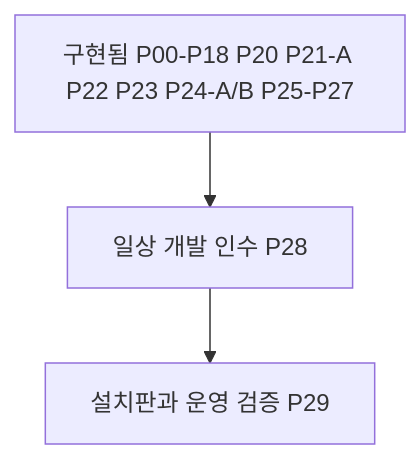
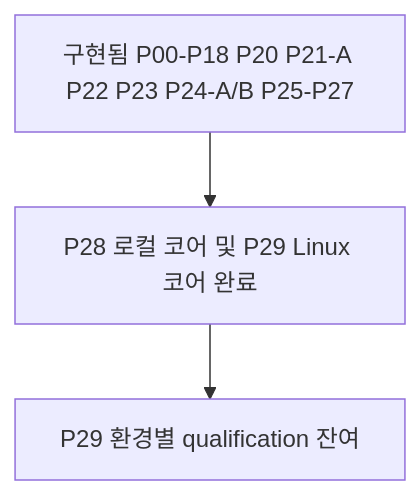
Before and after one commit to fromiron/corral: the diagram in docs/plans/workbench-development-implementation-plan-2026-10-21.md, drawn with Mermaid. The commit also changed other lines of this file and 16 other files, not shown here.

````diff
--- a/docs/plans/workbench-development-implementation-plan-2026-10-21.md
+++ b/docs/plans/workbench-development-implementation-plan-2026-10-21.md
@@ -177,5 +175,5 @@
 ```mermaid
 flowchart TD
-  DONE[구현됨 P00-P18 P20 P21-A P22 P23 P24-A/B P25-P27] --> G4[일상 개발 인수 P28]
-  G4 --> G5[설치판과 운영 검증 P29]
+  DONE[구현됨 P00-P18 P20 P21-A P22 P23 P24-A/B P25-P27] --> CORE[P28 로컬 코어 및 P29 Linux 코어 완료]
+  CORE --> G5[P29 환경별 qualification 잔여]
 ```
````
